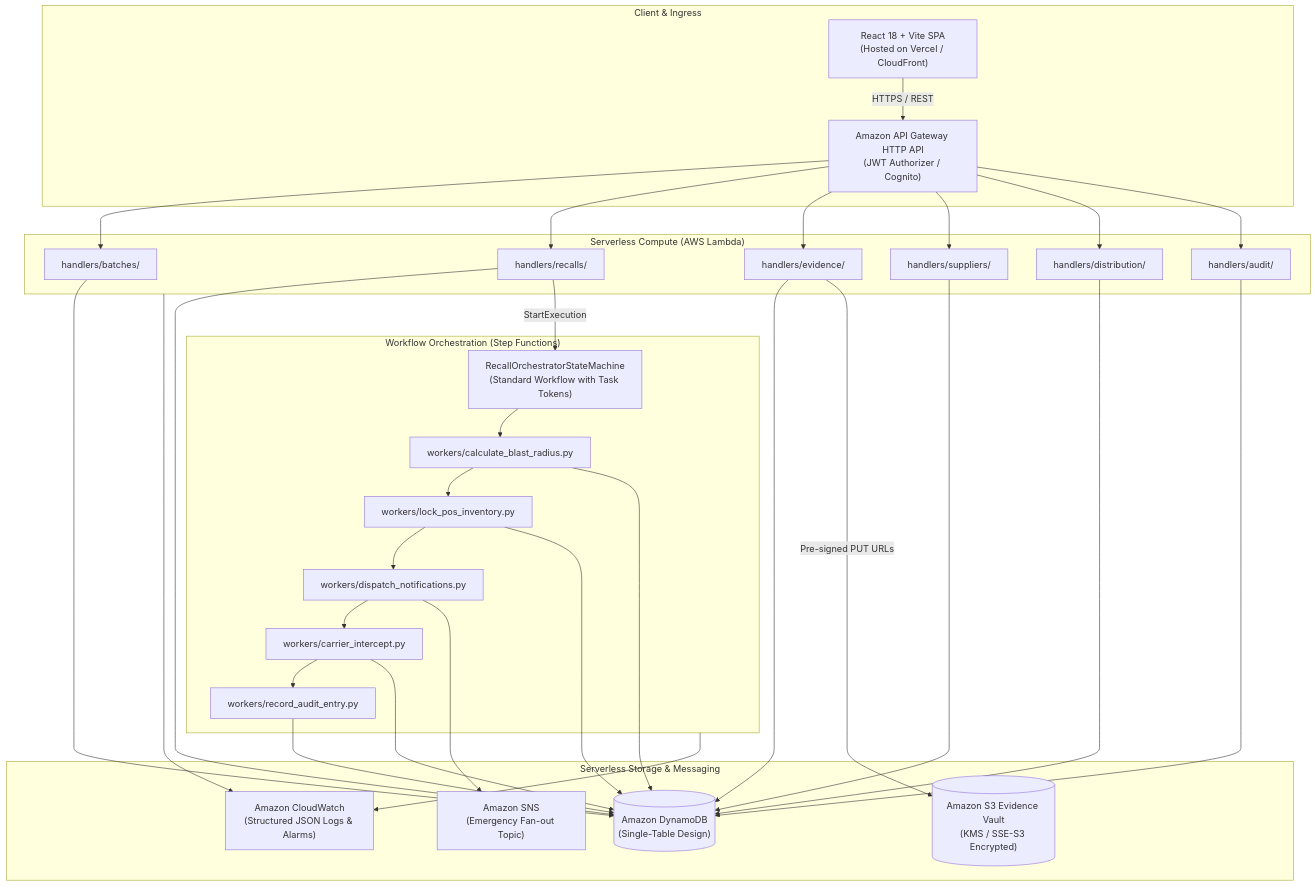
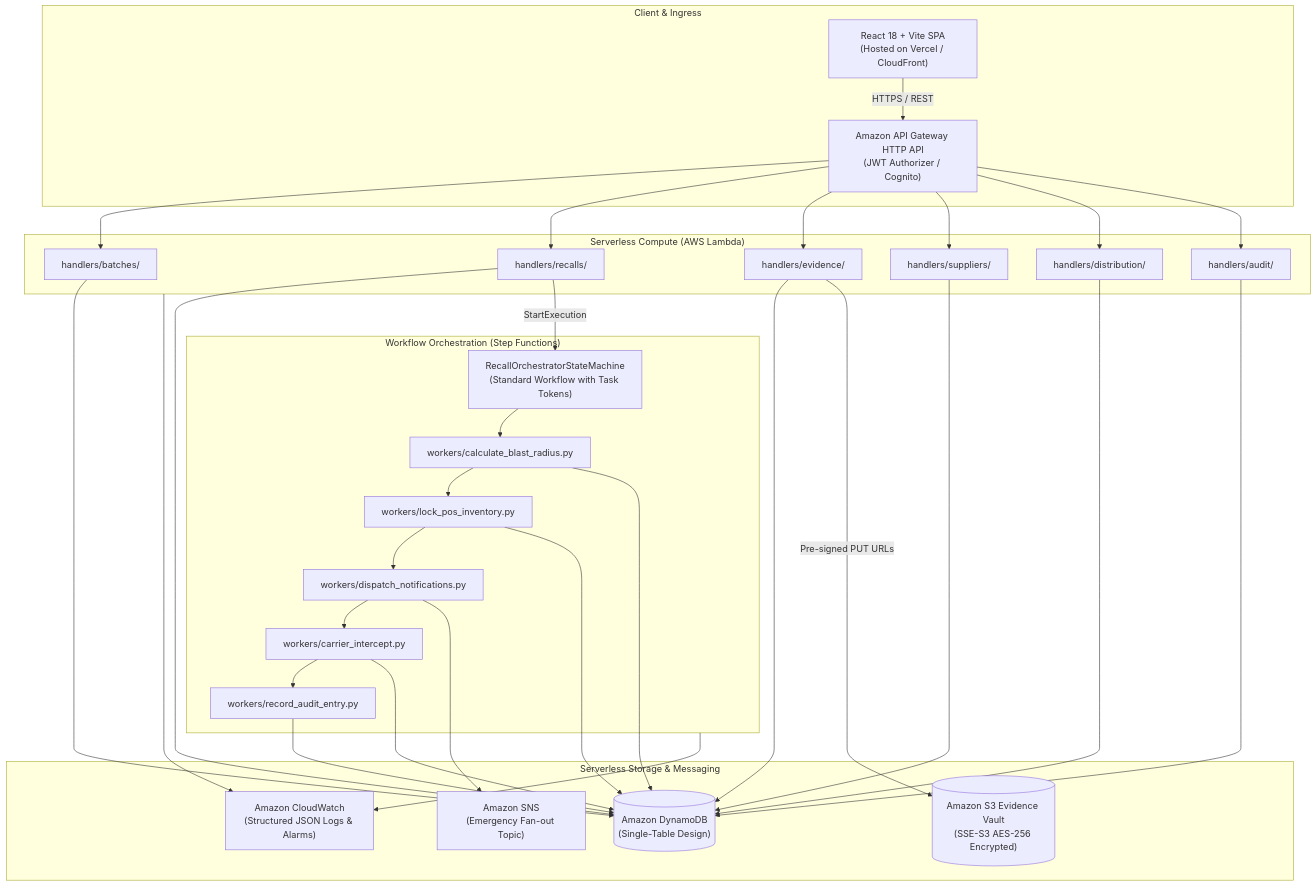
The second of 2 diagrams in docs/SUBMISSION.md (ASingha165/BATCHGUARD), drawn with Mermaid before and after one commit. The commit also changed other lines of this file and 16 other files, not shown here.

````diff
--- a/docs/SUBMISSION.md
+++ b/docs/SUBMISSION.md
@@ -80,43 +80,43 @@
 ```mermaid
 flowchart TD
     subgraph ClientLayer ["Client & Ingress"]
         UI["React 18 + Vite SPA<br/>(Hosted on Vercel / CloudFront)"]
         APIGW["Amazon API Gateway HTTP API<br/>(JWT Authorizer / Cognito)"]
     end
 
     subgraph ComputeLayer ["Serverless Compute (AWS Lambda)"]
         H1["handlers/batches/"]
         H2["handlers/recalls/"]
         H3["handlers/evidence/"]
         H4["handlers/suppliers/"]
         H5["handlers/distribution/"]
         H6["handlers/audit/"]
     end
 
     subgraph StateMachineLayer ["Workflow Orchestration (Step Functions)"]
         SFN["RecallOrchestratorStateMachine<br/>(Standard Workflow with Task Tokens)"]
         W1["workers/calculate_blast_radius.py"]
         W2["workers/lock_pos_inventory.py"]
         W3["workers/dispatch_notifications.py"]
         W4["workers/carrier_intercept.py"]
         W5["workers/record_audit_entry.py"]
     end
 
     subgraph StorageLayer ["Serverless Storage & Messaging"]
         DDB[("Amazon DynamoDB<br/>(Single-Table Design)")]
-        S3[("Amazon S3 Evidence Vault<br/>(KMS / SSE-S3 Encrypted)")]
+        S3[("Amazon S3 Evidence Vault<br/>(SSE-S3 AES-256 Encrypted)")]
         SNS["Amazon SNS<br/>(Emergency Fan-out Topic)"]
         CW["Amazon CloudWatch<br/>(Structured JSON Logs & Alarms)"]
     end
 
     UI -->|HTTPS / REST| APIGW
     APIGW --> H1 & H2 & H3 & H4 & H5 & H6
     H1 & H2 & H3 & H4 & H5 & H6 --> DDB
     H3 -->|Pre-signed PUT URLs| S3
     H2 -->|StartExecution| SFN
     SFN --> W1 --> W2 --> W3 --> W4 --> W5
     W1 & W2 & W4 & W5 --> DDB
     W3 --> SNS
     ComputeLayer --> CW
     StateMachineLayer --> CW
 ```
````
